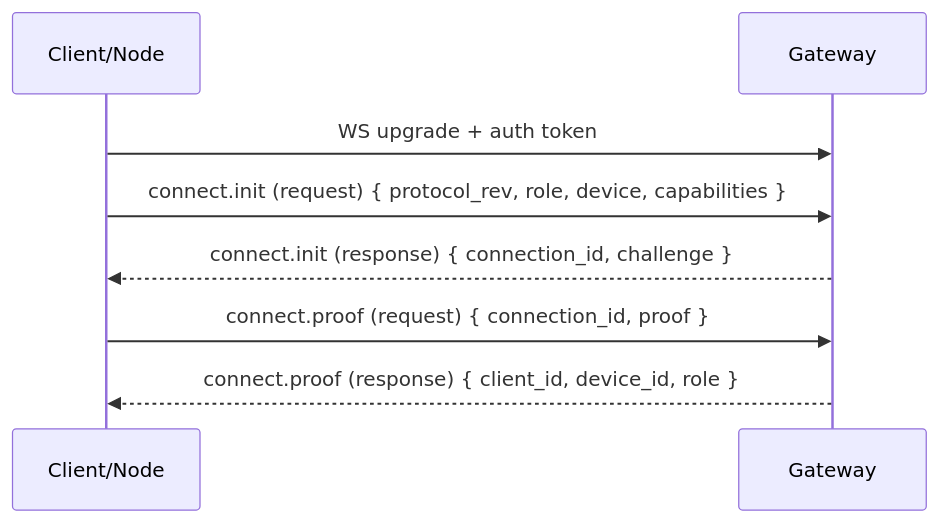
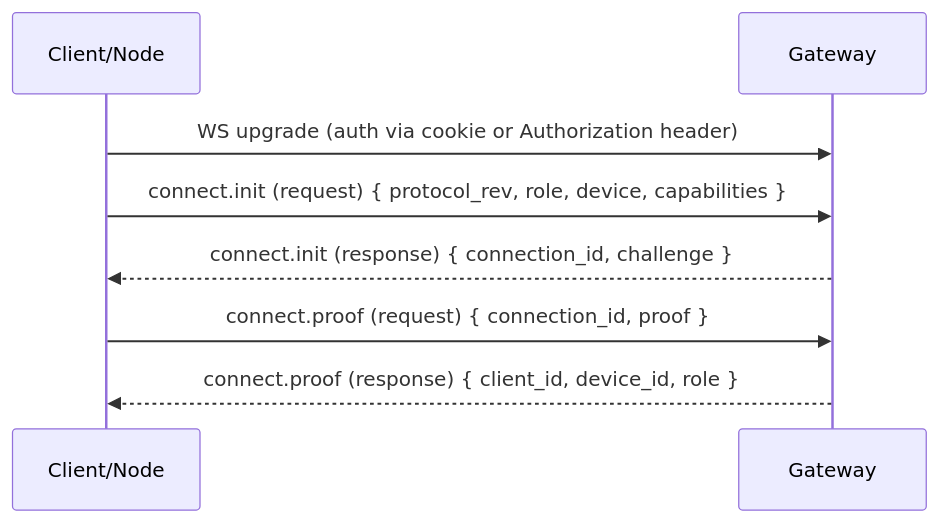
One commit to tyrumai/tyrum changed the diagram in docs/architecture/protocol/handshake.md. Above: the diagram before and after it, drawn with Mermaid. The commit also changed other lines of this file and 9 other files, not shown here.

````diff
--- a/docs/architecture/protocol/handshake.md
+++ b/docs/architecture/protocol/handshake.md
@@ -7,11 +7,11 @@
 ```mermaid
 sequenceDiagram
   participant Peer as Client/Node
   participant Gateway
 
-  Peer->>Gateway: WS upgrade + auth token
+  Peer->>Gateway: WS upgrade (auth via cookie or Authorization header)
   Peer->>Gateway: connect.init (request) { protocol_rev, role, device, capabilities }
   Gateway-->>Peer: connect.init (response) { connection_id, challenge }
   Peer->>Gateway: connect.proof (request) { connection_id, proof }
   Gateway-->>Peer: connect.proof (response) { client_id, device_id, role }
 ```
````
